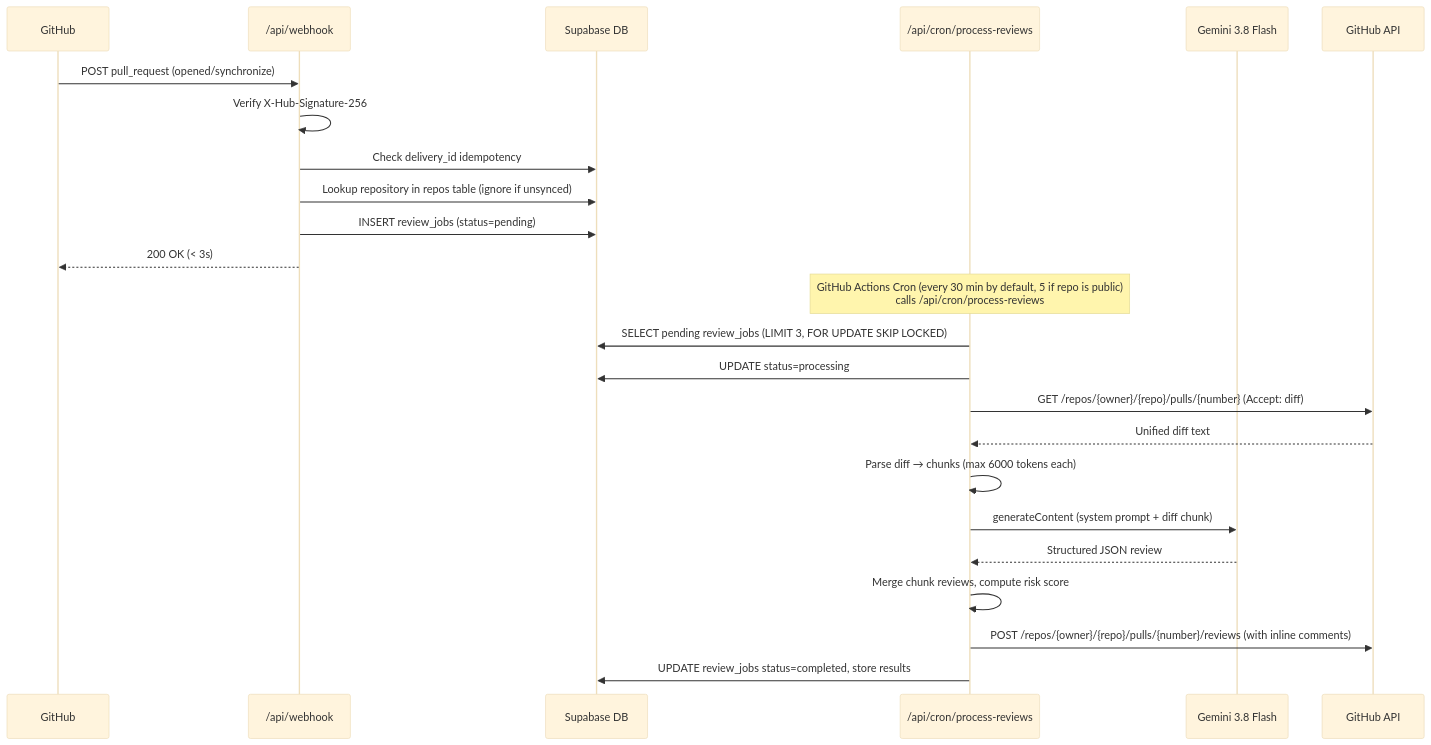
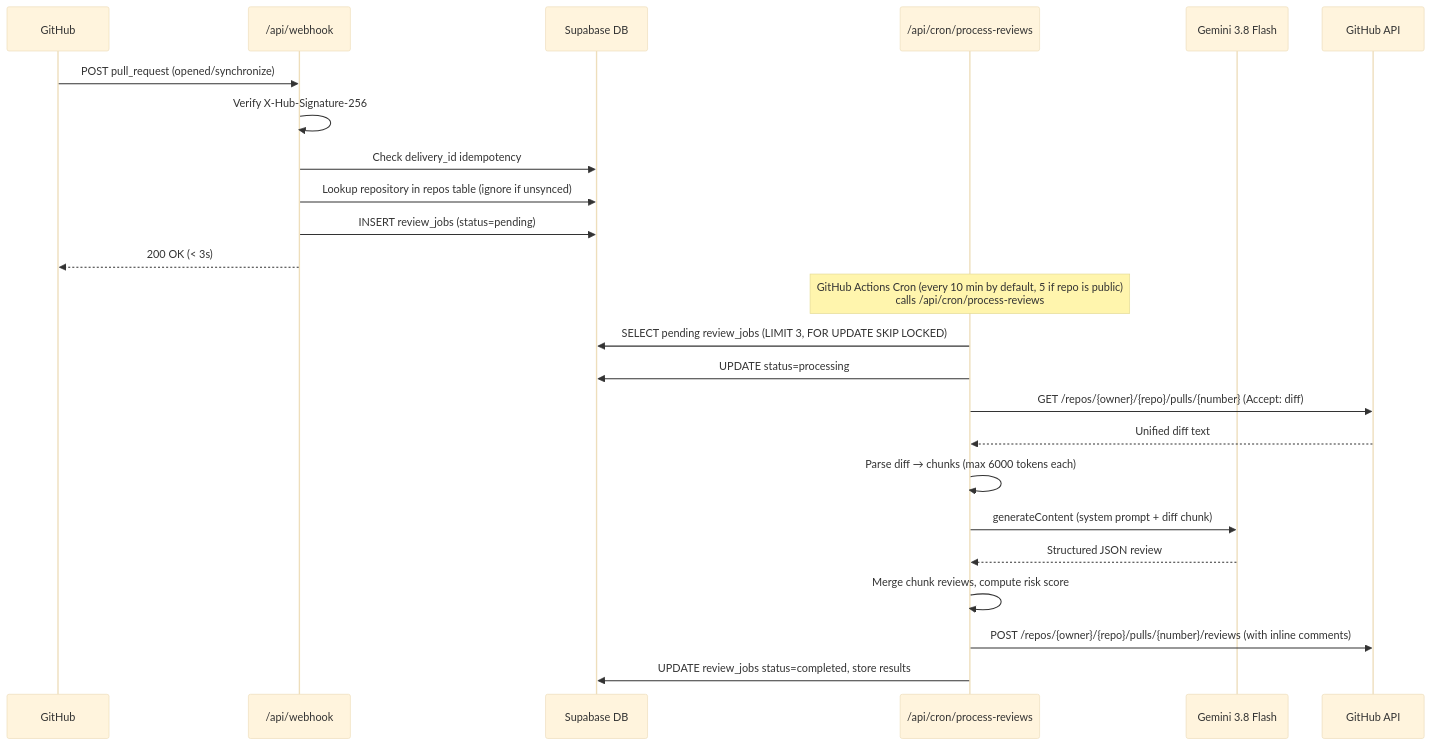
The second of 2 diagrams in ARCHITECTURE.md (santhoshh005/PR_Pilot), drawn with Mermaid (base theme) before and after one commit. The commit also changed other lines of this file and 6 other files, not shown here.

````diff
--- a/ARCHITECTURE.md
+++ b/ARCHITECTURE.md
@@ -34,28 +34,28 @@
 ```mermaid
 sequenceDiagram
   participant GH as GitHub
   participant WH as /api/webhook
   participant DB as Supabase DB
   participant CRON as /api/cron/process-reviews
   participant AI as Gemini 3.8 Flash
   participant GHAPI as GitHub API
 
   GH->>WH: POST pull_request (opened/synchronize)
   WH->>WH: Verify X-Hub-Signature-256
   WH->>DB: Check delivery_id idempotency
   WH->>DB: Lookup repository in repos table (ignore if unsynced)
   WH->>DB: INSERT review_jobs (status=pending)
   WH-->>GH: 200 OK (< 3s)
 
-  Note over CRON: GitHub Actions Cron (every 30 min by default, 5 if repo is public)<br/>calls /api/cron/process-reviews
+  Note over CRON: GitHub Actions Cron (every 10 min by default, 5 if repo is public)<br/>calls /api/cron/process-reviews
   CRON->>DB: SELECT pending review_jobs (LIMIT 3, FOR UPDATE SKIP LOCKED)
   CRON->>DB: UPDATE status=processing
   CRON->>GHAPI: GET /repos/{owner}/{repo}/pulls/{number} (Accept: diff)
   GHAPI-->>CRON: Unified diff text
   CRON->>CRON: Parse diff → chunks (max 6000 tokens each)
   CRON->>AI: generateContent (system prompt + diff chunk)
   AI-->>CRON: Structured JSON review
   CRON->>CRON: Merge chunk reviews, compute risk score
   CRON->>GHAPI: POST /repos/{owner}/{repo}/pulls/{number}/reviews (with inline comments)
   CRON->>DB: UPDATE review_jobs status=completed, store results
 ```
````
